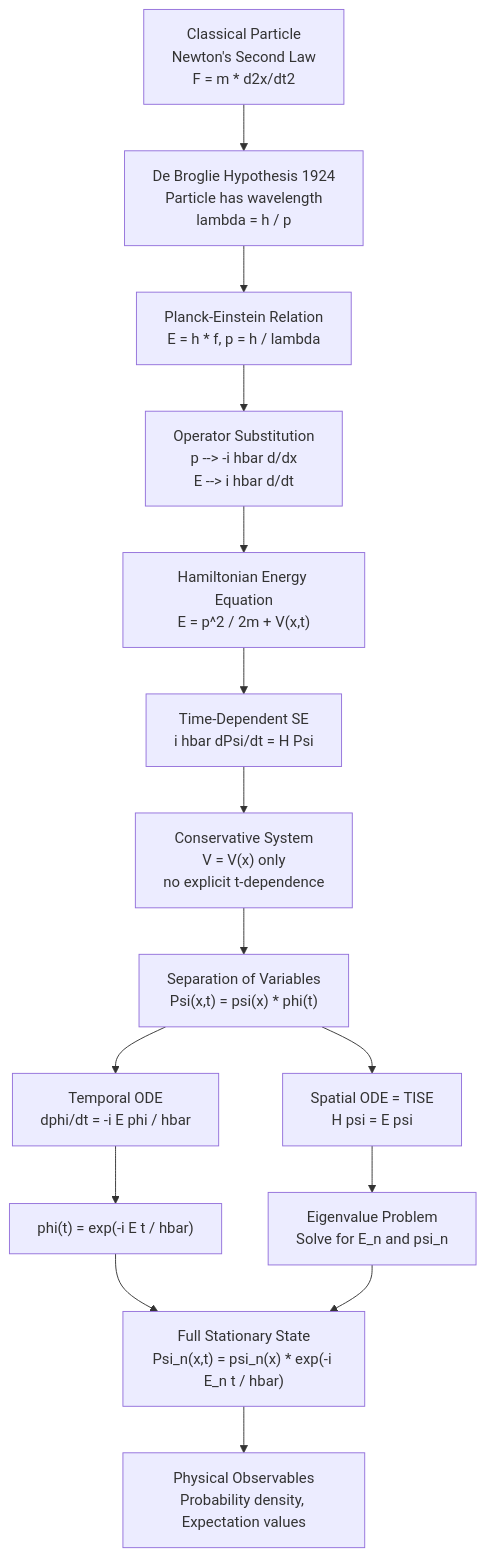
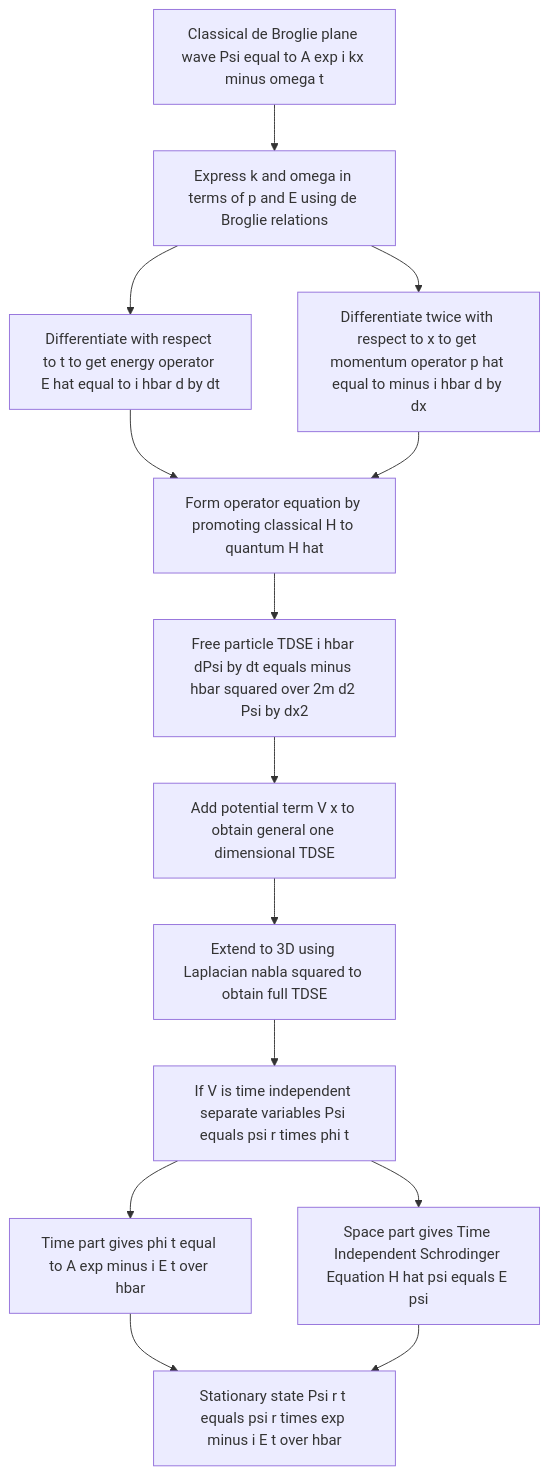
Before and after one commit to vishnuu-kr/ktunode: the first of 4 diagrams in public/notes/computer-science-and-engineering/semester-1/gapht121-physics-for-information-science/02-module-2-quantum-mechanics/formulation-of-time-dependent-and-time-independent-schrodinger-equations/notes.md, drawn with Mermaid. The commit also changed other lines of this file and 4829 other files, not shown here.

````diff
--- a/public/notes/computer-science-and-engineering/semester-1/gapht121-physics-for-information-science/02-module-2-quantum-mechanics/formulation-of-time-dependent-and-time-independent-schrodinger-equations/notes.md
+++ b/public/notes/computer-science-and-engineering/semester-1/gapht121-physics-for-information-science/02-module-2-quantum-mechanics/formulation-of-time-dependent-and-time-independent-schrodinger-equations/notes.md
@@ -472,17 +329,16 @@
 ```mermaid
 flowchart TD
-    A["Classical Particle<br/>Newton's Second Law<br/>F = m * d2x/dt2"] --> B["De Broglie Hypothesis 1924<br/>Particle has wavelength<br/>lambda = h / p"]
-    B --> C["Planck-Einstein Relation<br/>E = h * f,  p = h / lambda"]
-    C --> D["Operator Substitution<br/>p --> -i hbar d/dx<br/>E --> i hbar d/dt"]
-    D --> E["Hamiltonian Energy Equation<br/>E = p^2 / 2m + V(x,t)"]
-    E --> F["Time-Dependent SE<br/>i hbar dPsi/dt = H Psi"]
-    F --> G["Conservative System<br/>V = V(x) only<br/>no explicit t-dependence"]
-    G --> H["Separation of Variables<br/>Psi(x,t) = psi(x) * phi(t)"]
-    H --> I["Temporal ODE<br/>dphi/dt = -i E phi / hbar"]
-    H --> J["Spatial ODE = TISE<br/>H psi = E psi"]
-    I --> K["phi(t) = exp(-i E t / hbar)"]
-    J --> L["Eigenvalue Problem<br/>Solve for E_n and psi_n"]
-    K --> M["Full Stationary State<br/>Psi_n(x,t) = psi_n(x) * exp(-i E_n t / hbar)"]
-    L --> M
-    M --> N["Physical Observables<br/>Probability density, Expectation values"]
+    A["Classical de Broglie plane wave Psi equal to A exp i kx minus omega t"] --> B["Express k and omega in terms of p and E using de Broglie relations"]
+    B --> C["Differentiate with respect to t to get energy operator E hat equal to i hbar d by dt"]
+    B --> D["Differentiate twice with respect to x to get momentum operator p hat equal to minus i hbar d by dx"]
+    C --> E["Form operator equation by promoting classical H to quantum H hat"]
+    D --> E
+    E --> F["Free particle TDSE i hbar dPsi by dt equals minus hbar squared over 2m d2 Psi by dx2"]
+    F --> G["Add potential term V x to obtain general one dimensional TDSE"]
+    G --> H["Extend to 3D using Laplacian nabla squared to obtain full TDSE"]
+    H --> I["If V is time independent separate variables Psi equals psi r times phi t"]
+    I --> J["Time part gives phi t equal to A exp minus i E t over hbar"]
+    I --> K["Space part gives Time Independent Schrodinger Equation H hat psi equals E psi"]
+    J --> L["Stationary state Psi r t equals psi r times exp minus i E t over hbar"]
+    K --> L
 ```
````
